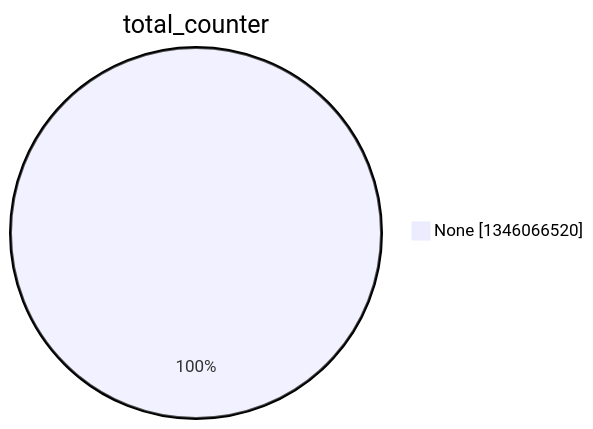
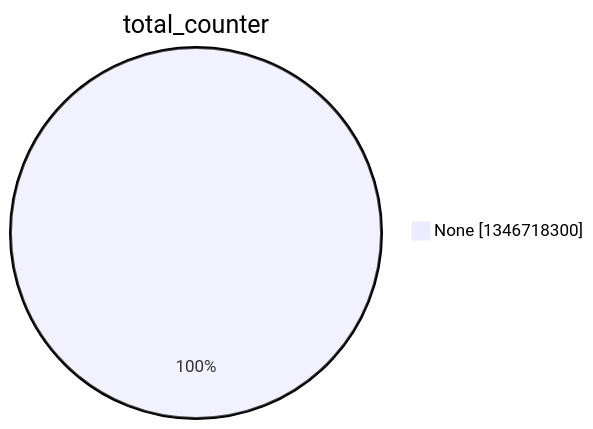
One commit to christiankrug/ctmonitor_visualization changed the second of 15 diagrams in argon2022/README.md. Above: the diagram before and after it, drawn with Mermaid. The commit also changed other lines of this file, not shown here.

````diff
--- a/argon2022/README.md
+++ b/argon2022/README.md
@@ -9,5 +9,5 @@
 ```mermaid
 pie showData
 title total_counter
-"None" :1346066520
+"None" :1346718300
 ```
````
